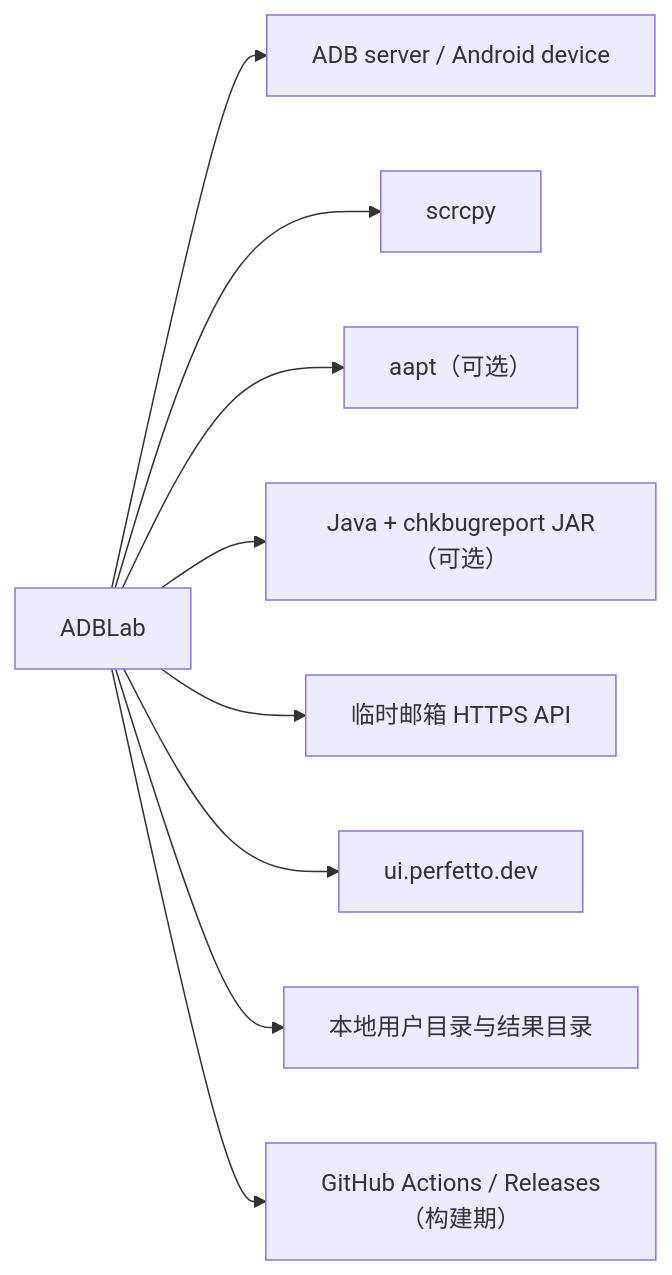
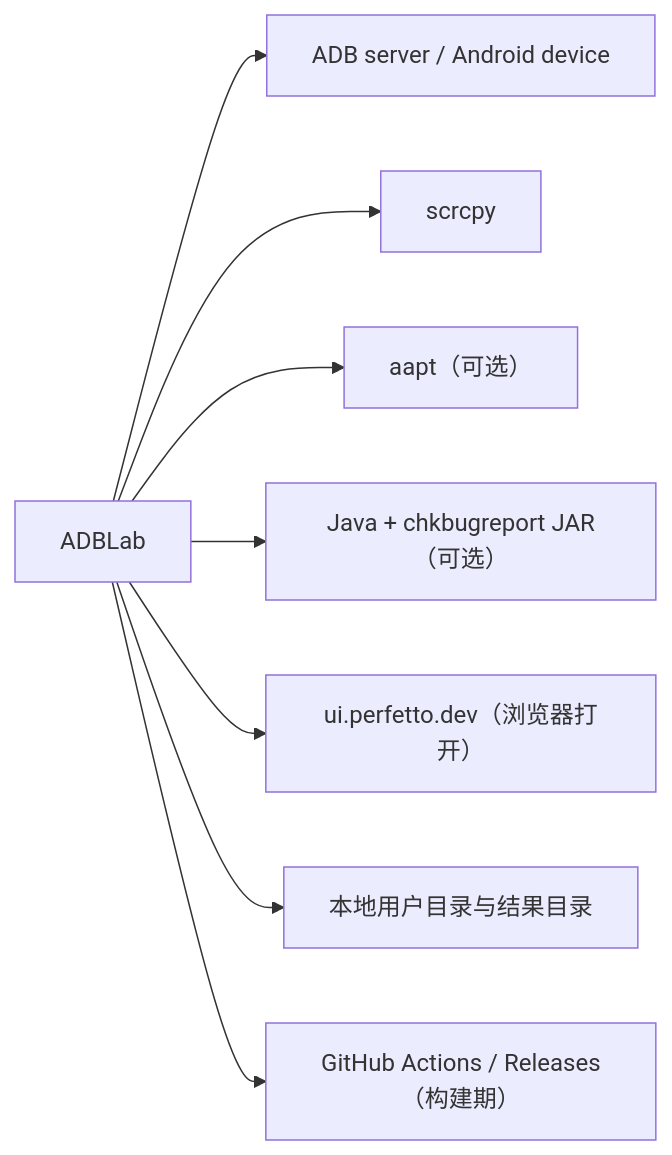
Before and after one commit to BlackHu-art/ADBLab: the second of 2 diagrams in docs/project-knowledge/DEPENDENCY_MAP.md, drawn with Mermaid. The commit also changed other lines of this file and 13 other files, not shown here.

````diff
--- a/docs/project-knowledge/DEPENDENCY_MAP.md
+++ b/docs/project-knowledge/DEPENDENCY_MAP.md
@@ -68,11 +72,10 @@
 ```mermaid
 flowchart LR
     App["ADBLab"] --> ADB["ADB server / Android device"]
     App --> Scrcpy["scrcpy"]
     App --> Aapt["aapt（可选）"]
     App --> Java["Java + chkbugreport JAR（可选）"]
-    App --> TempMail["临时邮箱 HTTPS API"]
-    App --> Perfetto["ui.perfetto.dev"]
+    App --> Perfetto["ui.perfetto.dev（浏览器打开）"]
     App --> FS["本地用户目录与结果目录"]
     App --> GitHub["GitHub Actions / Releases（构建期）"]
 ```
````
